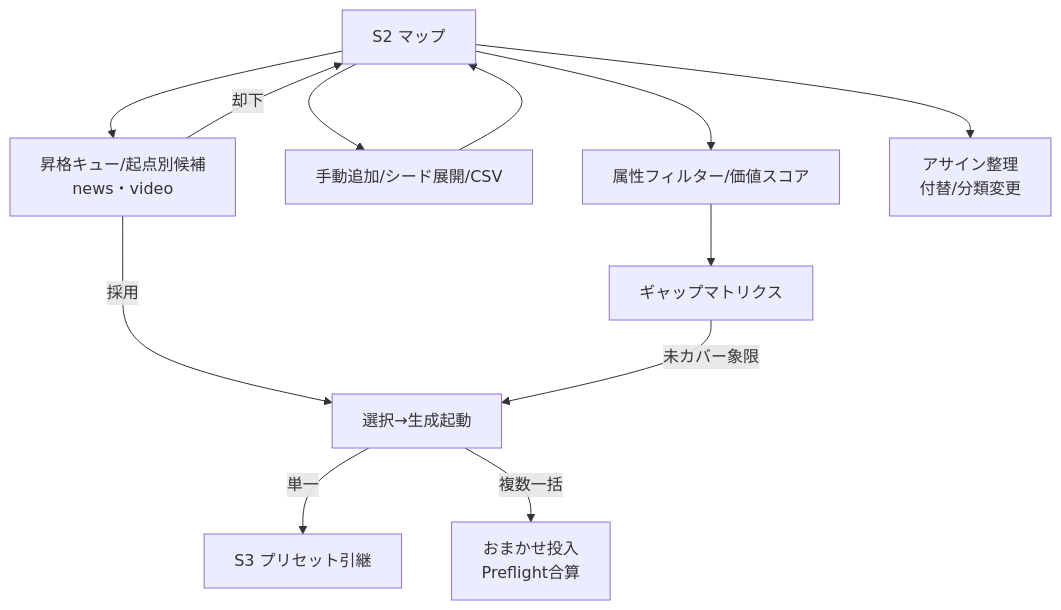
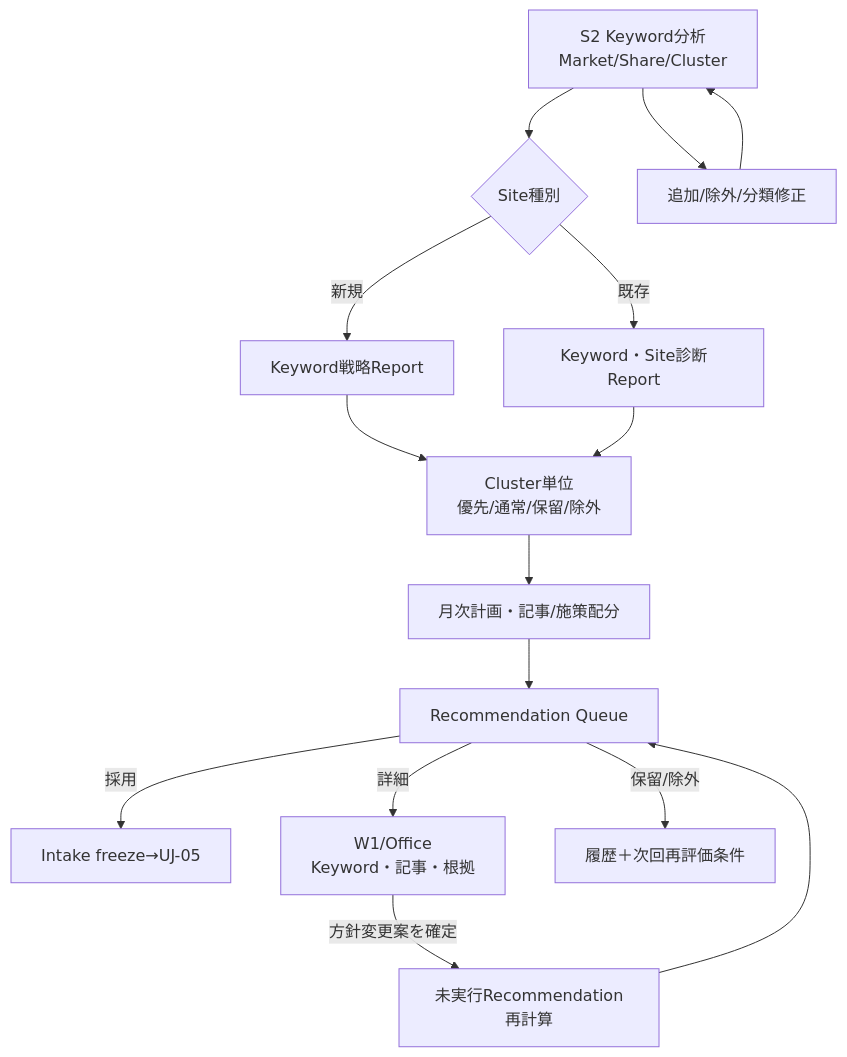
One commit to unison-ai-product/AI-Office-de-SEO changed the ninth of 13 diagrams in docs/design/ai-office-de-seo/L3-ui-prototype/ai-office-de-seo-screen-flow_v3.7.md. Above: the diagram before and after it, drawn with Mermaid. The commit also changed other lines of this file and 1 other file, not shown here.

Commit message:
align screen flows with current seo lifecycle

````diff
--- a/docs/design/ai-office-de-seo/L3-ui-prototype/ai-office-de-seo-screen-flow_v3.7.md
+++ b/docs/design/ai-office-de-seo/L3-ui-prototype/ai-office-de-seo-screen-flow_v3.7.md
@@ -172,11 +193,15 @@
 ```mermaid
 flowchart TD
-  A[S2 マップ] --> B[属性フィルター/価値スコア] --> C[ギャップマトリクス]
-  A --> D[手動追加/シード展開/CSV] --> A
-  A --> E[昇格キュー/起点別候補<br/>news・video] -->|採用| F[選択→生成起動]
-  C -->|未カバー象限| F
-  E -->|却下| A
-  F -->|単一| G[S3 プリセット引継]
-  F -->|複数一括| H[おまかせ投入<br/>Preflight合算]
-  A --> I[アサイン整理<br/>付替/分類変更]
+  A[S2 Keyword分析<br/>Market/Share/Cluster] --> B{Site種別}
+  A --> A2[追加/除外/分類修正] --> A
+  B -->|新規| C[Keyword戦略Report]
+  B -->|既存| D[Keyword・Site診断Report]
+  C --> E[Cluster単位<br/>優先/通常/保留/除外]
+  D --> E
+  E --> F[月次計画・記事/施策配分]
+  F --> G[Recommendation Queue]
+  G -->|採用| H[Intake freeze→UJ-05]
+  G -->|詳細| I[W1/Office<br/>Keyword・記事・根拠]
+  G -->|保留/除外| J[履歴＋次回再評価条件]
+  I -->|方針変更案を確定| K[未実行Recommendation再計算] --> G
 ```
````
